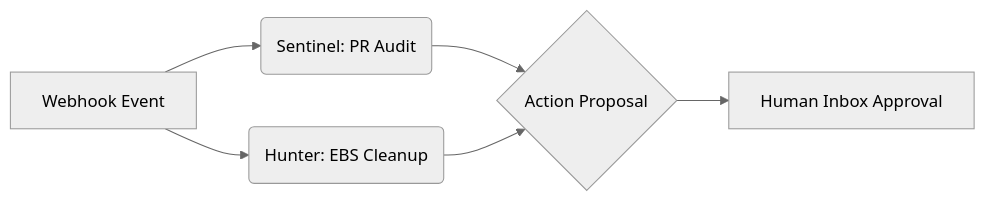
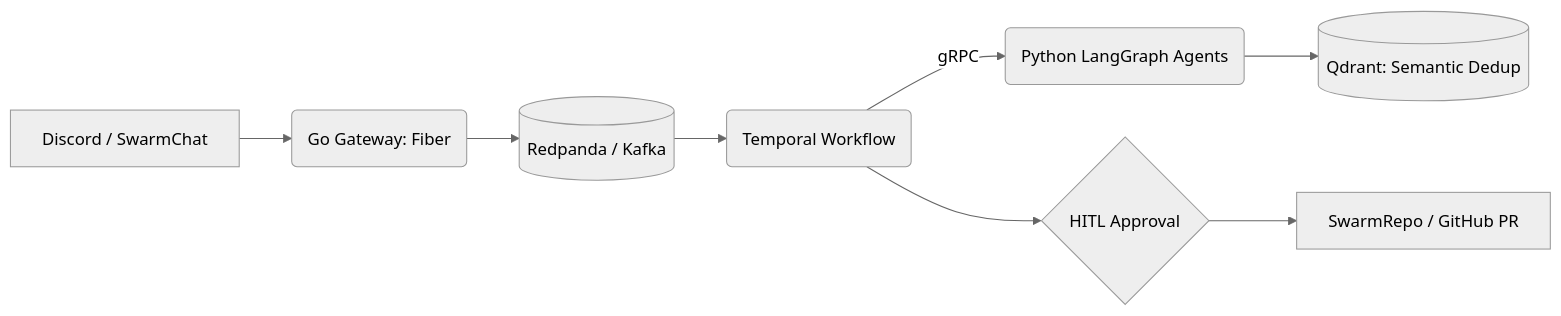
The diagram in README.md (Aparnap2/Aparnap2), drawn with Mermaid (neutral theme) before and after one commit. The commit also changed other lines of this file, not shown here.

````diff
--- a/README.md
+++ b/README.md
@@ -68,7 +76,10 @@
     ```mermaid
     graph LR
-    A[Webhook Event] --> B(Sentinel: PR Audit)
-    A --> C(Hunter: EBS Cleanup)
-    B & C --> D{Action Proposal}
-    D --> E[Human Inbox Approval]
+    A[Discord / SwarmChat] --> B(Go Gateway: Fiber)
+    B --> C[(Redpanda / Kafka)]
+    C --> D(Temporal Workflow)
+    D -->|gRPC| E(Python LangGraph Agents)
+    E --> F[(Qdrant: Semantic Dedup)]
+    D --> G{HITL Approval}
+    G --> H[SwarmRepo / GitHub PR]
     ```
````
